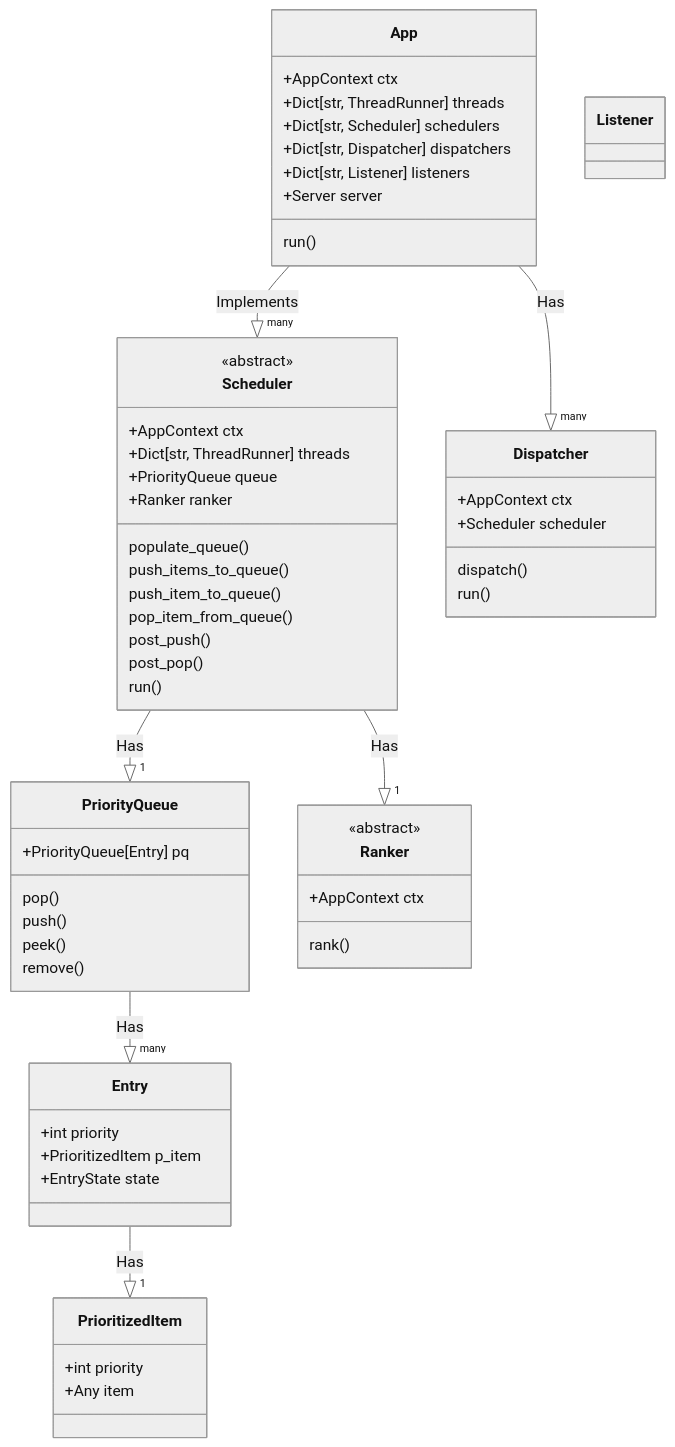
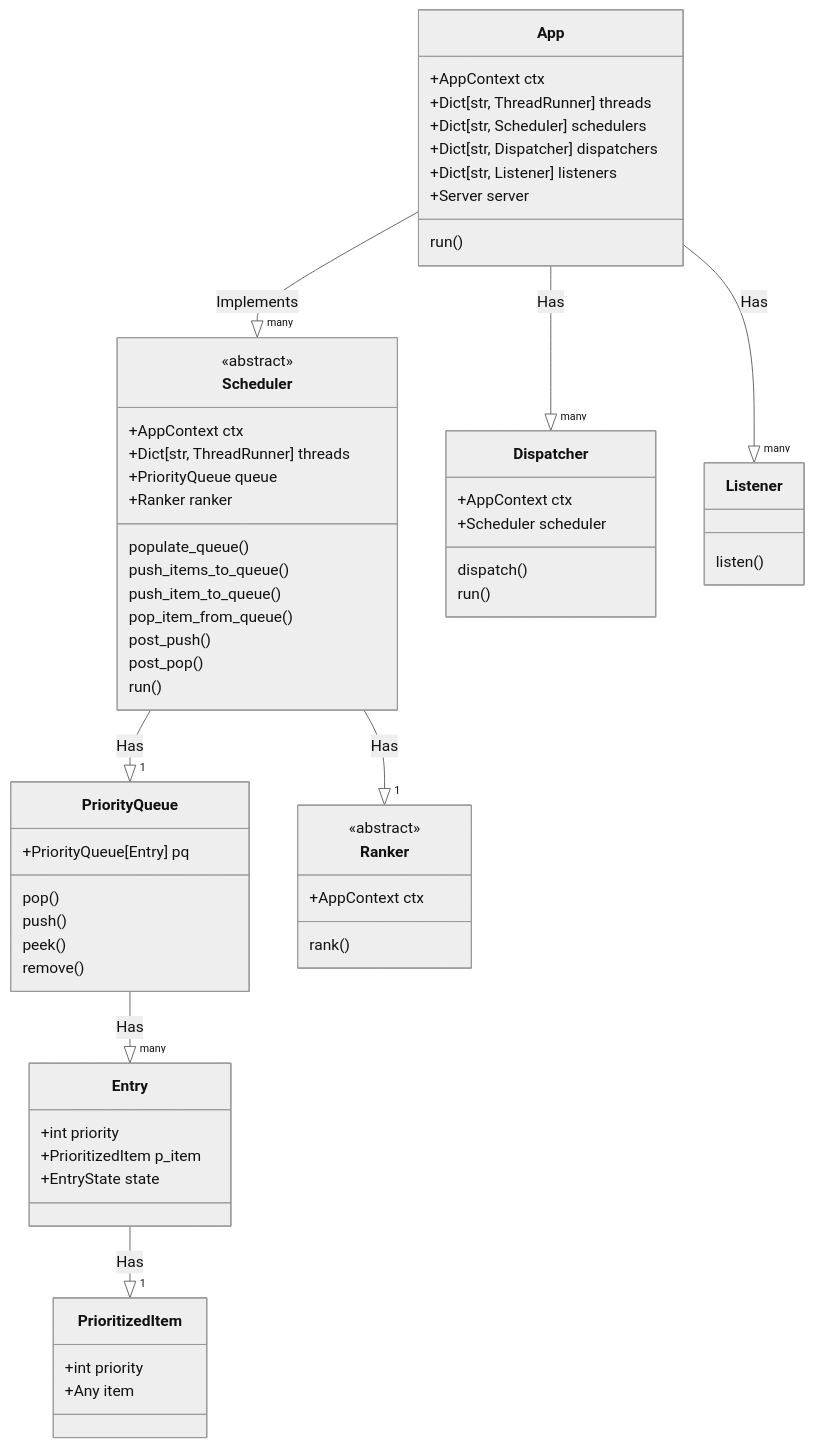
One commit to minvws/nl-kat-mula changed the third of 3 diagrams in docs/design.md. Above: the diagram before and after it, drawn with Mermaid (neutral theme). The commit also changed other lines of this file, not shown here.

Commit message:
Grammar, and fix diagram

````diff
--- a/docs/design.md
+++ b/docs/design.md
@@ -242,75 +245,75 @@
 ```mermaid
 classDiagram
 
     class App {
         +AppContext ctx
         +Dict[str, ThreadRunner] threads
         +Dict[str, Scheduler] schedulers
         +Dict[str, Dispatcher] dispatchers
         +Dict[str, Listener] listeners
         +Server server
         run()
     }
 
     class Scheduler {
         <<abstract>>
         +AppContext ctx
         +Dict[str, ThreadRunner] threads        
         +PriorityQueue queue
         +Ranker ranker
         populate_queue()
         push_items_to_queue()
         push_item_to_queue()
         pop_item_from_queue()
         post_push()
         post_pop()
         run()
     }
 
     class PriorityQueue{
         +PriorityQueue[Entry] pq
         pop()
         push()
         peek()
         remove()
     }
 
     class Entry {
         +int priority
         +PrioritizedItem p_item
         +EntryState state
     }
 
     class PrioritizedItem {
         +int priority
         +Any item
     }
 
     class Ranker {
         <<abstract>>
         +AppContext ctx
         rank()
     }
 
     class Dispatcher {
         +AppContext ctx
         +Scheduler scheduler
         dispatch()
         run()
     }
 
     class Listener {
-
-
+        listen()
     }
 
     App --|> "many" Scheduler : Implements
     App --|> "many" Dispatcher : Has
+    App --|> "many" Listener : Has
 
     Scheduler --|> "1" PriorityQueue : Has
     Scheduler --|> "1" Ranker : Has
 
     PriorityQueue --|> "many" Entry : Has
 
     Entry --|> "1" PrioritizedItem : Has
 ```
````
